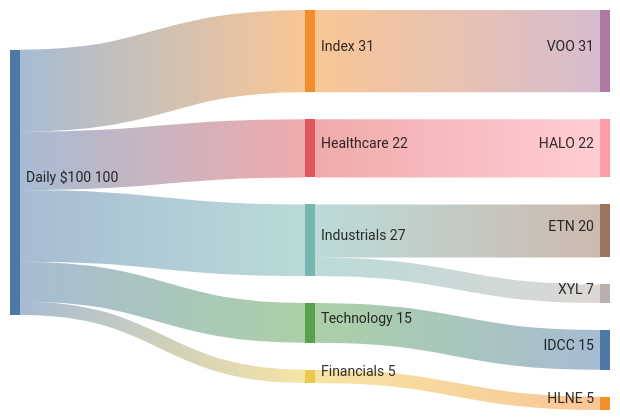
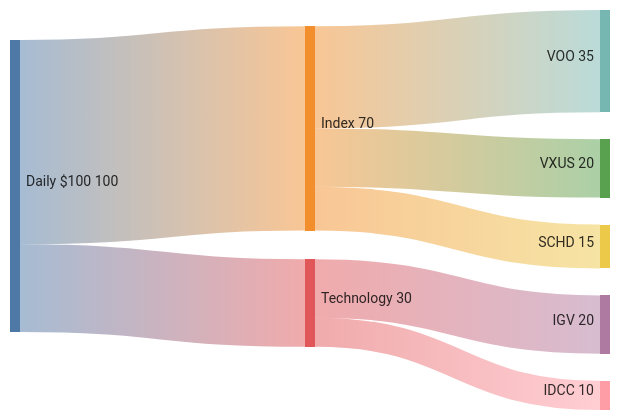
Before and after one commit to CynicDog/investment-journal: the diagram in portfolio/dashboards/dca-flow.md, drawn with Mermaid.

Commit message:
chore(dashboards): regenerate from 498c838

````diff
--- a/portfolio/dashboards/dca-flow.md
+++ b/portfolio/dashboards/dca-flow.md
@@ -5,19 +5,15 @@
 ```mermaid
 ---
 config:
   sankey:
     showValues: true
 ---
 sankey-beta
-Daily $100,Index,31
-Daily $100,Healthcare,22
-Daily $100,Industrials,27
-Daily $100,Technology,15
-Daily $100,Financials,5
-Index,VOO,31
-Healthcare,HALO,22
-Industrials,ETN,20
-Industrials,XYL,7
-Technology,IDCC,15
-Financials,HLNE,5
+Daily $100,Index,70
+Daily $100,Technology,30
+Index,VOO,35
+Index,VXUS,20
+Index,SCHD,15
+Technology,IGV,20
+Technology,IDCC,10
 ```
````
